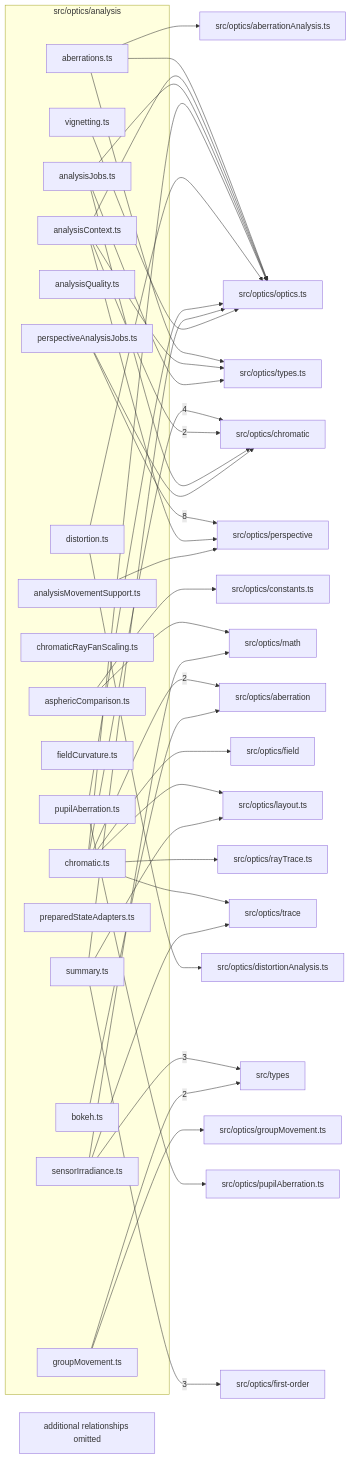
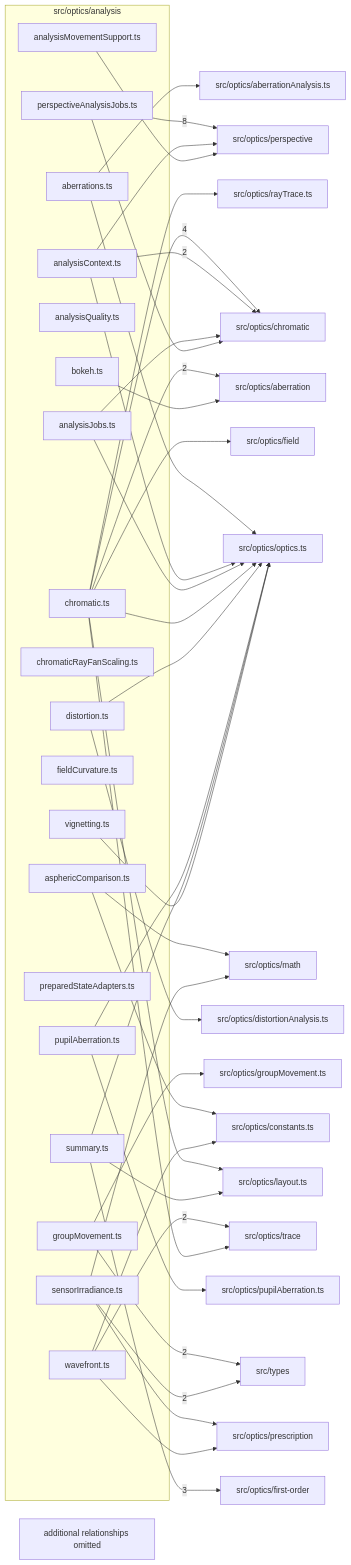
The diagram in src/optics/analysis/readme.md (ronbuening/LensVisualizer), drawn with Mermaid before and after one commit. The commit also changed other lines of this file and 16 other files, not shown here.

````diff
--- a/src/optics/analysis/readme.md
+++ b/src/optics/analysis/readme.md
@@ -9,77 +9,78 @@
 ```mermaid
 flowchart LR
   subgraph n_src_optics_analysis["src/optics/analysis"]
     n_src_optics_analysis_src_optics_analysis_aberrations_ts["aberrations.ts"]
     n_src_optics_analysis_src_optics_analysis_analysisContext_ts["analysisContext.ts"]
     n_src_optics_analysis_src_optics_analysis_analysisJobs_ts["analysisJobs.ts"]
     n_src_optics_analysis_src_optics_analysis_analysisMovementSupport_ts["analysisMovementSupport.ts"]
     n_src_optics_analysis_src_optics_analysis_analysisQuality_ts["analysisQuality.ts"]
     n_src_optics_analysis_src_optics_analysis_asphericComparison_ts["asphericComparison.ts"]
     n_src_optics_analysis_src_optics_analysis_bokeh_ts["bokeh.ts"]
     n_src_optics_analysis_src_optics_analysis_chromatic_ts["chromatic.ts"]
     n_src_optics_analysis_src_optics_analysis_chromaticRayFanScaling_ts["chromaticRayFanScaling.ts"]
     n_src_optics_analysis_src_optics_analysis_distortion_ts["distortion.ts"]
     n_src_optics_analysis_src_optics_analysis_fieldCurvature_ts["fieldCurvature.ts"]
     n_src_optics_analysis_src_optics_analysis_groupMovement_ts["groupMovement.ts"]
     n_src_optics_analysis_src_optics_analysis_perspectiveAnalysisJobs_ts["perspectiveAnalysisJobs.ts"]
     n_src_optics_analysis_src_optics_analysis_preparedStateAdapters_ts["preparedStateAdapters.ts"]
     n_src_optics_analysis_src_optics_analysis_pupilAberration_ts["pupilAberration.ts"]
     n_src_optics_analysis_src_optics_analysis_sensorIrradiance_ts["sensorIrradiance.ts"]
     n_src_optics_analysis_src_optics_analysis_summary_ts["summary.ts"]
     n_src_optics_analysis_src_optics_analysis_vignetting_ts["vignetting.ts"]
+    n_src_optics_analysis_src_optics_analysis_wavefront_ts["wavefront.ts"]
   end
   n_external_src_optics_perspective["src/optics/perspective"]
   n_external_src_optics_chromatic["src/optics/chromatic"]
   n_external_src_optics_first_order["src/optics/first-order"]
+  n_external_src_optics_aberration["src/optics/aberration"]
+  n_external_src_optics_trace["src/optics/trace"]
   n_external_src_types["src/types"]
-  n_external_src_optics_aberration["src/optics/aberration"]
   n_external_src_optics_aberrationAnalysis_ts["src/optics/aberrationAnalysis.ts"]
   n_external_src_optics_constants_ts["src/optics/constants.ts"]
   n_external_src_optics_distortionAnalysis_ts["src/optics/distortionAnalysis.ts"]
   n_external_src_optics_field["src/optics/field"]
   n_external_src_optics_groupMovement_ts["src/optics/groupMovement.ts"]
   n_external_src_optics_layout_ts["src/optics/layout.ts"]
   n_external_src_optics_math["src/optics/math"]
   n_external_src_optics_optics_ts["src/optics/optics.ts"]
+  n_external_src_optics_prescription["src/optics/prescription"]
   n_external_src_optics_pupilAberration_ts["src/optics/pupilAberration.ts"]
   n_external_src_optics_rayTrace_ts["src/optics/rayTrace.ts"]
-  n_external_src_optics_trace["src/optics/trace"]
-  n_external_src_optics_types_ts["src/optics/types.ts"]
   n_src_optics_analysis_src_optics_analysis_perspectiveAnalysisJobs_ts --> |8| n_external_src_optics_perspective
   n_src_optics_analysis_src_optics_analysis_chromatic_ts --> |4| n_external_src_optics_chromatic
   n_src_optics_analysis_src_optics_analysis_summary_ts --> |3| n_external_src_optics_first_order
-  n_src_optics_analysis_src_optics_analysis_sensorIrradiance_ts --> |3| n_external_src_types
   n_src_optics_analysis_src_optics_analysis_chromatic_ts --> |2| n_external_src_optics_aberration
   n_src_optics_analysis_src_optics_analysis_analysisContext_ts --> |2| n_external_src_optics_chromatic
+  n_src_optics_analysis_src_optics_analysis_wavefront_ts --> |2| n_external_src_optics_trace
   n_src_optics_analysis_src_optics_analysis_groupMovement_ts --> |2| n_external_src_types
+  n_src_optics_analysis_src_optics_analysis_sensorIrradiance_ts --> |2| n_external_src_types
   n_src_optics_analysis_src_optics_analysis_bokeh_ts --> n_external_src_optics_aberration
   n_src_optics_analysis_src_optics_analysis_aberrations_ts --> n_external_src_optics_aberrationAnalysis_ts
   n_src_optics_analysis_src_optics_analysis_analysisJobs_ts --> n_external_src_optics_chromatic
   n_src_optics_analysis_src_optics_analysis_perspectiveAnalysisJobs_ts --> n_external_src_optics_chromatic
   n_src_optics_analysis_src_optics_analysis_asphericComparison_ts --> n_external_src_optics_constants_ts
+  n_src_optics_analysis_src_optics_analysis_wavefront_ts --> n_external_src_optics_constants_ts
   n_src_optics_analysis_src_optics_analysis_distortion_ts --> n_external_src_optics_distortionAnalysis_ts
   n_src_optics_analysis_src_optics_analysis_chromatic_ts --> n_external_src_optics_field
   n_src_optics_analysis_src_optics_analysis_groupMovement_ts --> n_external_src_optics_groupMovement_ts
   n_src_optics_analysis_src_optics_analysis_chromatic_ts --> n_external_src_optics_layout_ts
   n_src_optics_analysis_src_optics_analysis_summary_ts --> n_external_src_optics_layout_ts
   n_src_optics_analysis_src_optics_analysis_asphericComparison_ts --> n_external_src_optics_math
   n_src_optics_analysis_src_optics_analysis_sensorIrradiance_ts --> n_external_src_optics_math
   n_src_optics_analysis_src_optics_analysis_aberrations_ts --> n_external_src_optics_optics_ts
   n_src_optics_analysis_src_optics_analysis_analysisContext_ts --> n_external_src_optics_optics_ts
   n_src_optics_analysis_src_optics_analysis_analysisJobs_ts --> n_external_src_optics_optics_ts
   n_src_optics_analysis_src_optics_analysis_chromatic_ts --> n_external_src_optics_optics_ts
   n_src_optics_analysis_src_optics_analysis_distortion_ts --> n_external_src_optics_optics_ts
   n_src_optics_analysis_src_optics_analysis_pupilAberration_ts --> n_external_src_optics_optics_ts
   n_src_optics_analysis_src_optics_analysis_summary_ts --> n_external_src_optics_optics_ts
   n_src_optics_analysis_src_optics_analysis_vignetting_ts --> n_external_src_optics_optics_ts
   n_src_optics_analysis_src_optics_analysis_analysisContext_ts --> n_external_src_optics_perspective
   n_src_optics_analysis_src_optics_analysis_analysisMovementSupport_ts --> n_external_src_optics_perspective
+  n_src_optics_analysis_src_optics_analysis_sensorIrradiance_ts --> n_external_src_optics_prescription
+  n_src_optics_analysis_src_optics_analysis_wavefront_ts --> n_external_src_optics_prescription
   n_src_optics_analysis_src_optics_analysis_pupilAberration_ts --> n_external_src_optics_pupilAberration_ts
   n_src_optics_analysis_src_optics_analysis_chromatic_ts --> n_external_src_optics_rayTrace_ts
   n_src_optics_analysis_src_optics_analysis_chromatic_ts --> n_external_src_optics_trace
-  n_src_optics_analysis_src_optics_analysis_sensorIrradiance_ts --> n_external_src_optics_trace
-  n_src_optics_analysis_src_optics_analysis_aberrations_ts --> n_external_src_optics_types_ts
-  n_src_optics_analysis_src_optics_analysis_analysisContext_ts --> n_external_src_optics_types_ts
-  n_src_optics_analysis_src_optics_analysis_analysisJobs_ts --> n_external_src_optics_types_ts
   n_src_optics_analysis_truncated["additional relationships omitted"]
 ```
````
